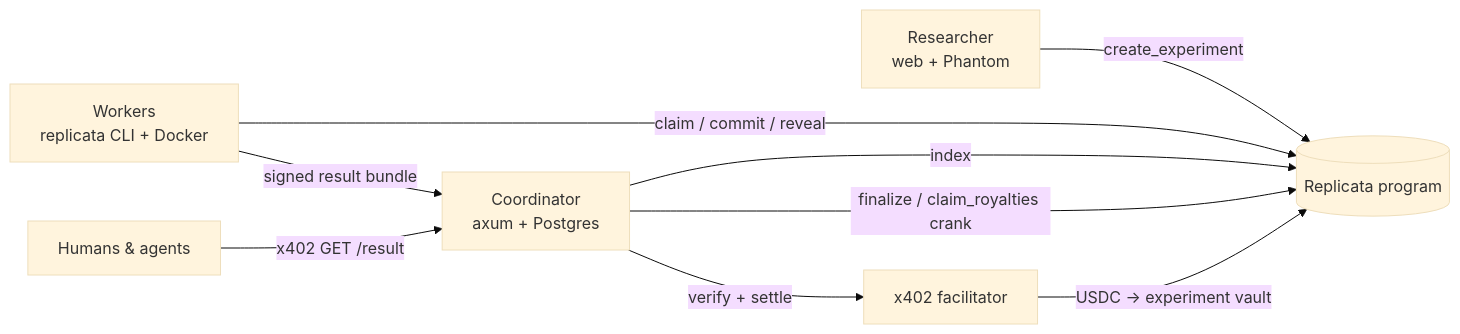
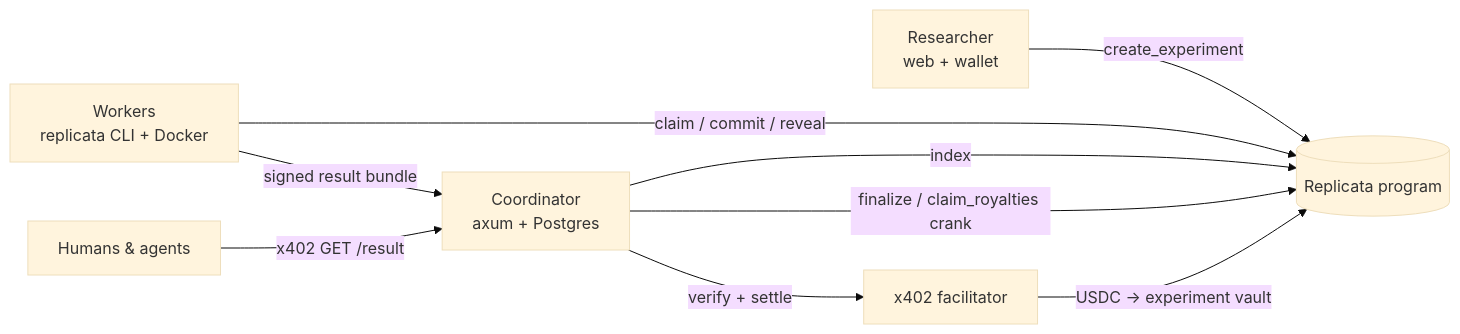
The second of 2 diagrams in README.md (aralroca/Replicata), drawn with Mermaid (base theme) before and after one commit. The commit also changed other lines of this file and 19 other files, not shown here.

````diff
--- a/README.md
+++ b/README.md
@@ -34,11 +89,11 @@
 ```mermaid
 flowchart LR
-  R[Researcher<br/>web + Phantom] -- create_experiment --> P[(Replicata program)]
+  R[Researcher<br/>web + wallet] -- create_experiment --> P[(Replicata program)]
   W[Workers<br/>replicata CLI + Docker] -- claim / commit / reveal --> P
   W -- signed result bundle --> C[Coordinator<br/>axum + Postgres]
   C -- index --> P
   C -- finalize / claim_royalties crank --> P
   A[Humans & agents] -- x402 GET /result --> C
   C -- verify + settle --> F[x402 facilitator]
   F -- USDC → experiment vault --> P
 ```
````
